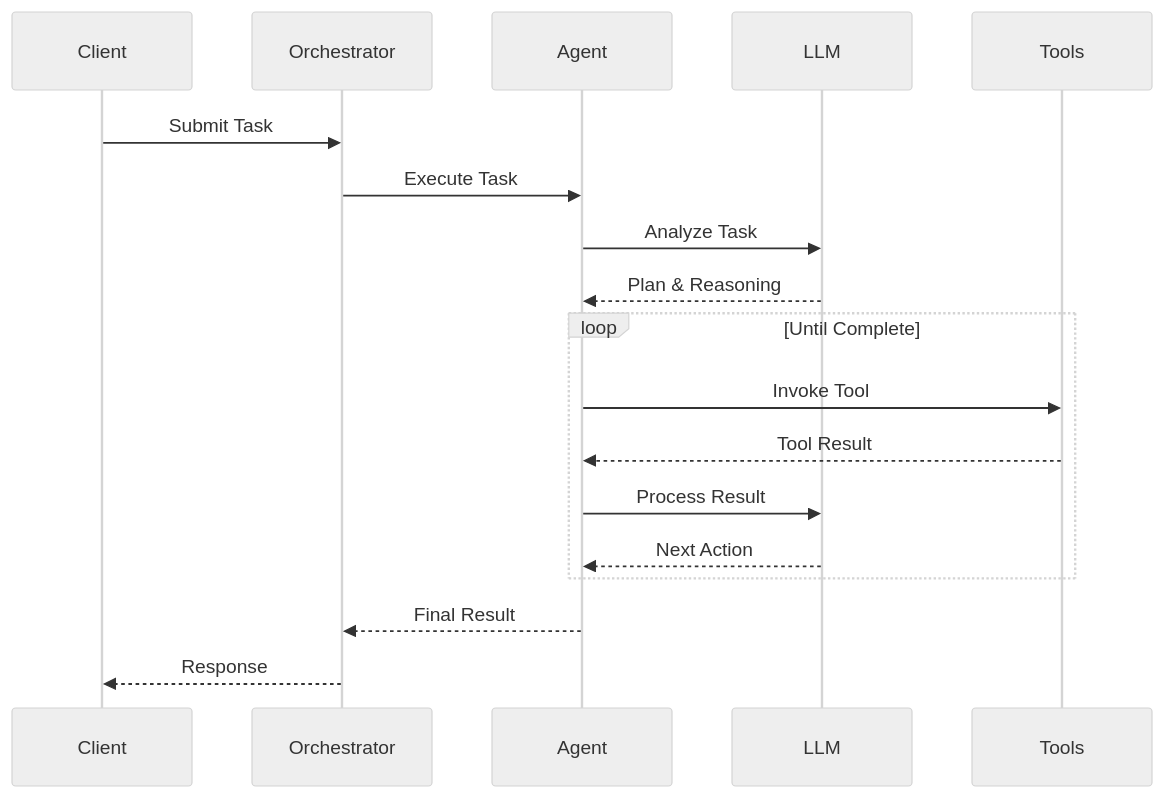
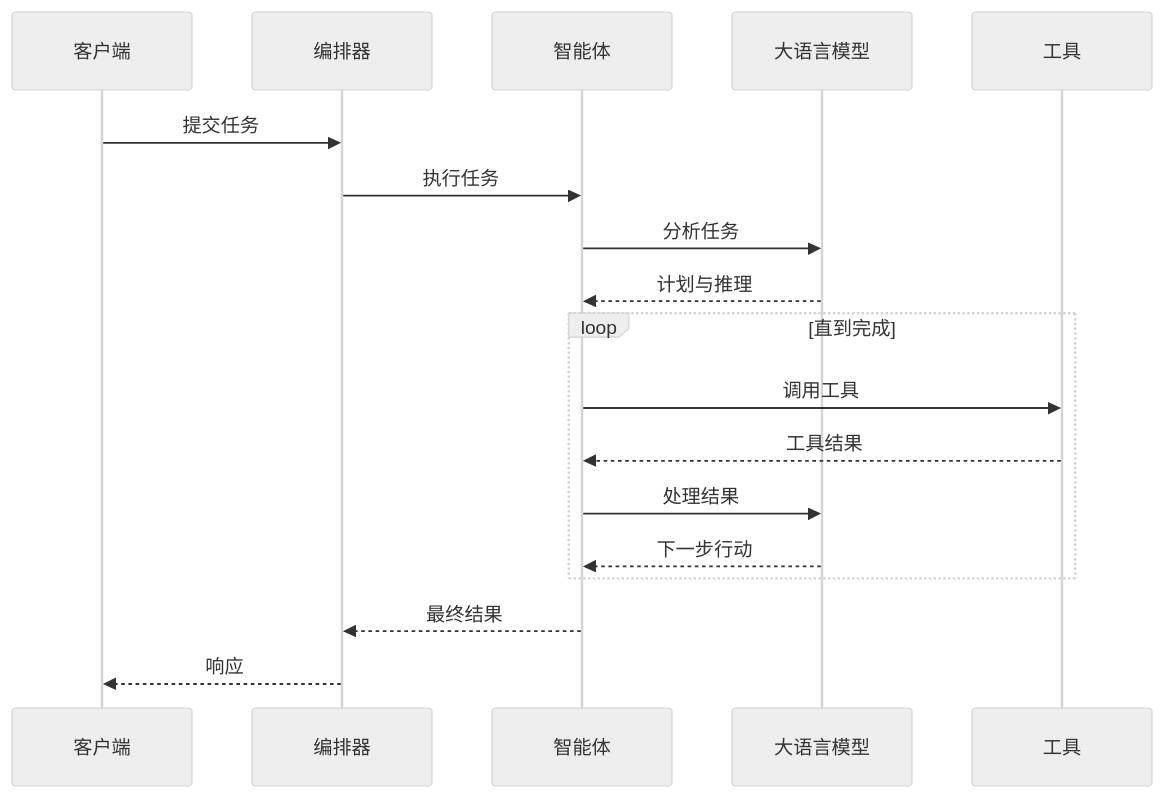
Before and after one commit to Kocoro-lab/Shannon-docs: the diagram in cn/quickstart/concepts/agents.mdx, drawn with Mermaid (neutral theme). The commit also changed other lines of this file and 4 other files, not shown here.

````diff
--- a/cn/quickstart/concepts/agents.mdx
+++ b/cn/quickstart/concepts/agents.mdx
@@ -41,23 +33,23 @@
 ```mermaid
 sequenceDiagram
-    participant Client
-    participant Orchestrator
-    participant Agent
-    participant LLM
-    participant Tools
+    participant Client as 客户端
+    participant Orchestrator as 编排器
+    participant Agent as 智能体
+    participant LLM as 大语言模型
+    participant Tools as 工具
 
-    Client->>Orchestrator: Submit Task
-    Orchestrator->>Agent: Execute Task
-    Agent->>LLM: Analyze Task
-    LLM-->>Agent: Plan & Reasoning
+    Client->>Orchestrator: 提交任务
+    Orchestrator->>Agent: 执行任务
+    Agent->>LLM: 分析任务
+    LLM-->>Agent: 计划与推理
 
-    loop Until Complete
-        Agent->>Tools: Invoke Tool
-        Tools-->>Agent: Tool Result
-        Agent->>LLM: Process Result
-        LLM-->>Agent: Next Action
+    loop 直到完成
+        Agent->>Tools: 调用工具
+        Tools-->>Agent: 工具结果
+        Agent->>LLM: 处理结果
+        LLM-->>Agent: 下一步行动
     end
 
-    Agent-->>Orchestrator: Final Result
-    Orchestrator-->>Client: Response
+    Agent-->>Orchestrator: 最终结果
+    Orchestrator-->>Client: 响应
 ```
````
